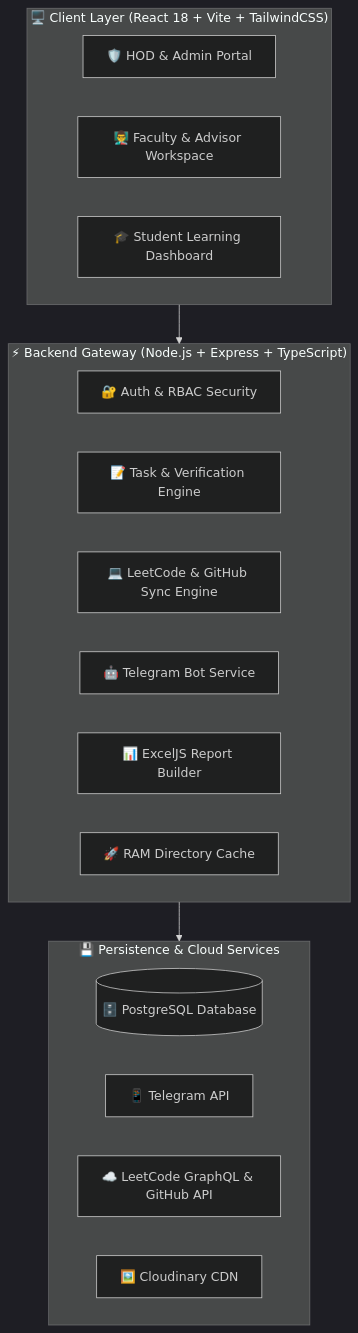
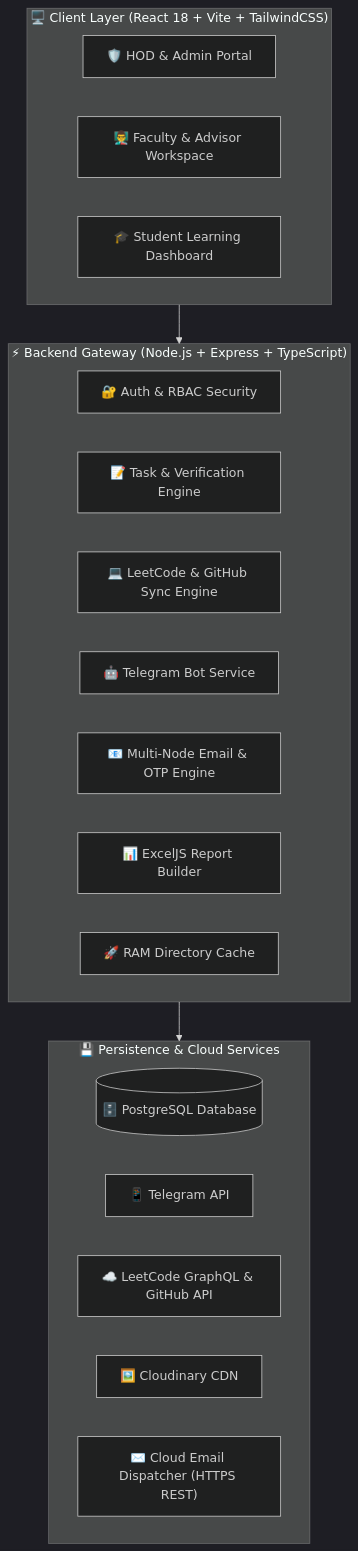
One commit to Tharun4743/IT_taskmanager changed the first of 3 diagrams in README.md. Above: the diagram before and after it, drawn with Mermaid (dark theme). The commit also changed other lines of this file and 2 other files, not shown here.

Commit message:
docs: Update README, FEATURE_COMPARISON, and .env.example with multi-node email and OTP system documentation

````diff
--- a/README.md
+++ b/README.md
@@ -38,27 +39,29 @@
 ```mermaid
 flowchart TD
     subgraph UI["🖥️ Client Layer (React 18 + Vite + TailwindCSS)"]
         A1["🛡️ HOD & Admin Portal"]
         A2["👨‍🏫 Faculty & Advisor Workspace"]
         A3["🎓 Student Learning Dashboard"]
     end
 
     subgraph API["⚡ Backend Gateway (Node.js + Express + TypeScript)"]
         B1["🔐 Auth & RBAC Security"]
         B2["📝 Task & Verification Engine"]
         B3["💻 LeetCode & GitHub Sync Engine"]
         B4["🤖 Telegram Bot Service"]
-        B5["📊 ExcelJS Report Builder"]
-        B6["🚀 RAM Directory Cache"]
+        B5["📧 Multi-Node Email & OTP Engine"]
+        B6["📊 ExcelJS Report Builder"]
+        B7["🚀 RAM Directory Cache"]
     end
 
     subgraph Storage["💾 Persistence & Cloud Services"]
         C1[("🗄️ PostgreSQL Database")]
         C2["📱 Telegram API"]
         C3["☁️ LeetCode GraphQL & GitHub API"]
         C4["🖼️ Cloudinary CDN"]
+        C5["✉️ Cloud Email Dispatcher (HTTPS REST)"]
     end
 
     UI --> API
     API --> Storage
 ```
````
